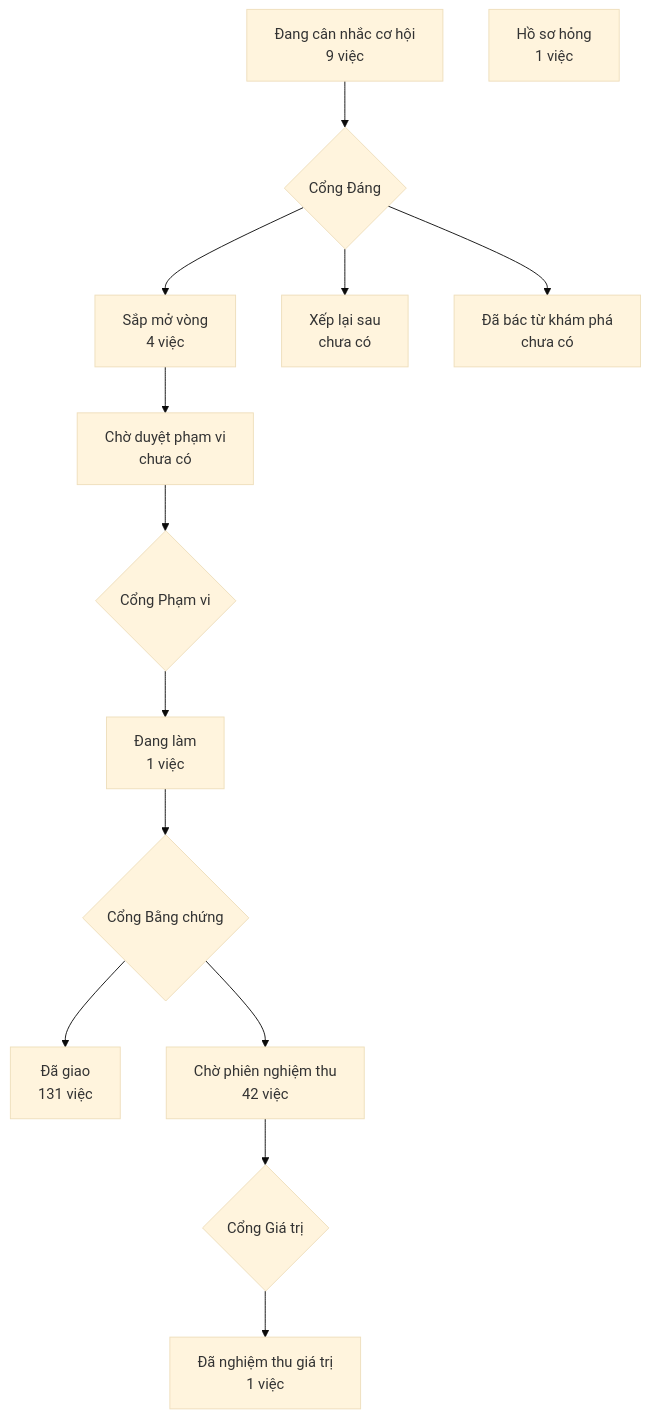
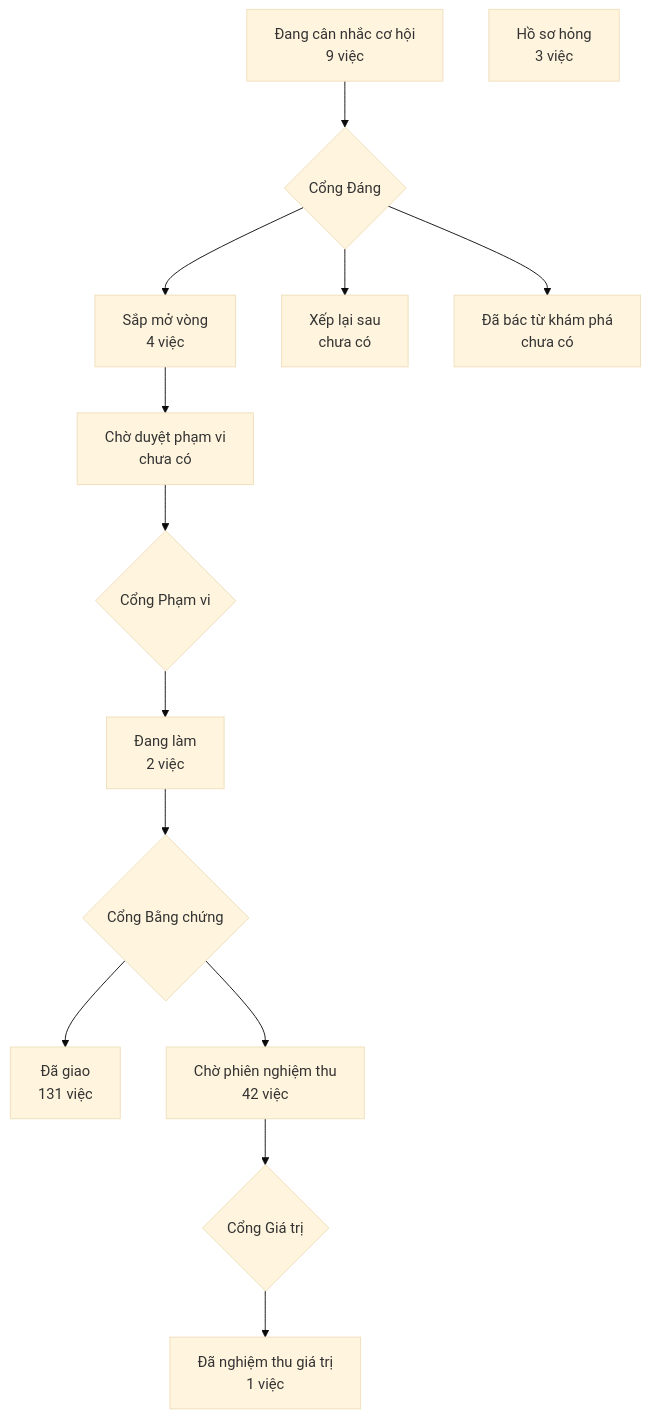
One commit to phanlemanh/crm-onehub changed the diagram in PRODUCT-MAP.md. Above: the diagram before and after it, drawn with Mermaid (base theme). The commit also changed other lines of this file and 3 other files, not shown here.

````diff
--- a/PRODUCT-MAP.md
+++ b/PRODUCT-MAP.md
@@ -7,13 +7,13 @@
 ```mermaid
 flowchart TD
   A["Đang cân nhắc cơ hội<br/>9 việc"] --> GD{"Cổng Đáng"}
   GD --> B["Sắp mở vòng<br/>4 việc"]
   GD --> XL["Xếp lại sau<br/>chưa có"]
   GD --> DB["Đã bác từ khám phá<br/>chưa có"]
   B --> CD["Chờ duyệt phạm vi<br/>chưa có"] --> GP{"Cổng Phạm vi"}
-  GP --> DL["Đang làm<br/>1 việc"] --> GB{"Cổng Bằng chứng"}
+  GP --> DL["Đang làm<br/>2 việc"] --> GB{"Cổng Bằng chứng"}
   GB --> DG["Đã giao<br/>131 việc"]
   GB --> CN["Chờ phiên nghiệm thu<br/>42 việc"] --> GG{"Cổng Giá trị"}
   GG --> NT["Đã nghiệm thu giá trị<br/>1 việc"]
-  HS["Hồ sơ hỏng<br/>1 việc"]
+  HS["Hồ sơ hỏng<br/>3 việc"]
 ```
````
